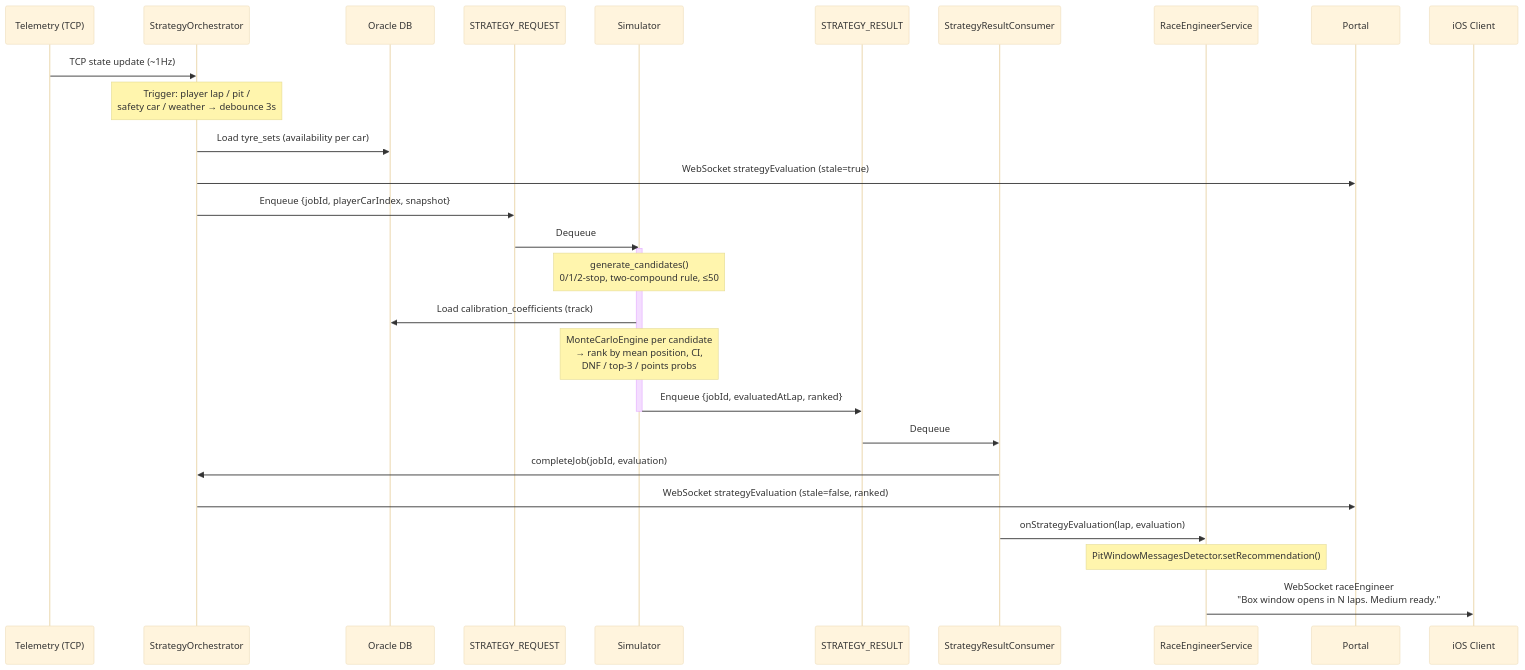
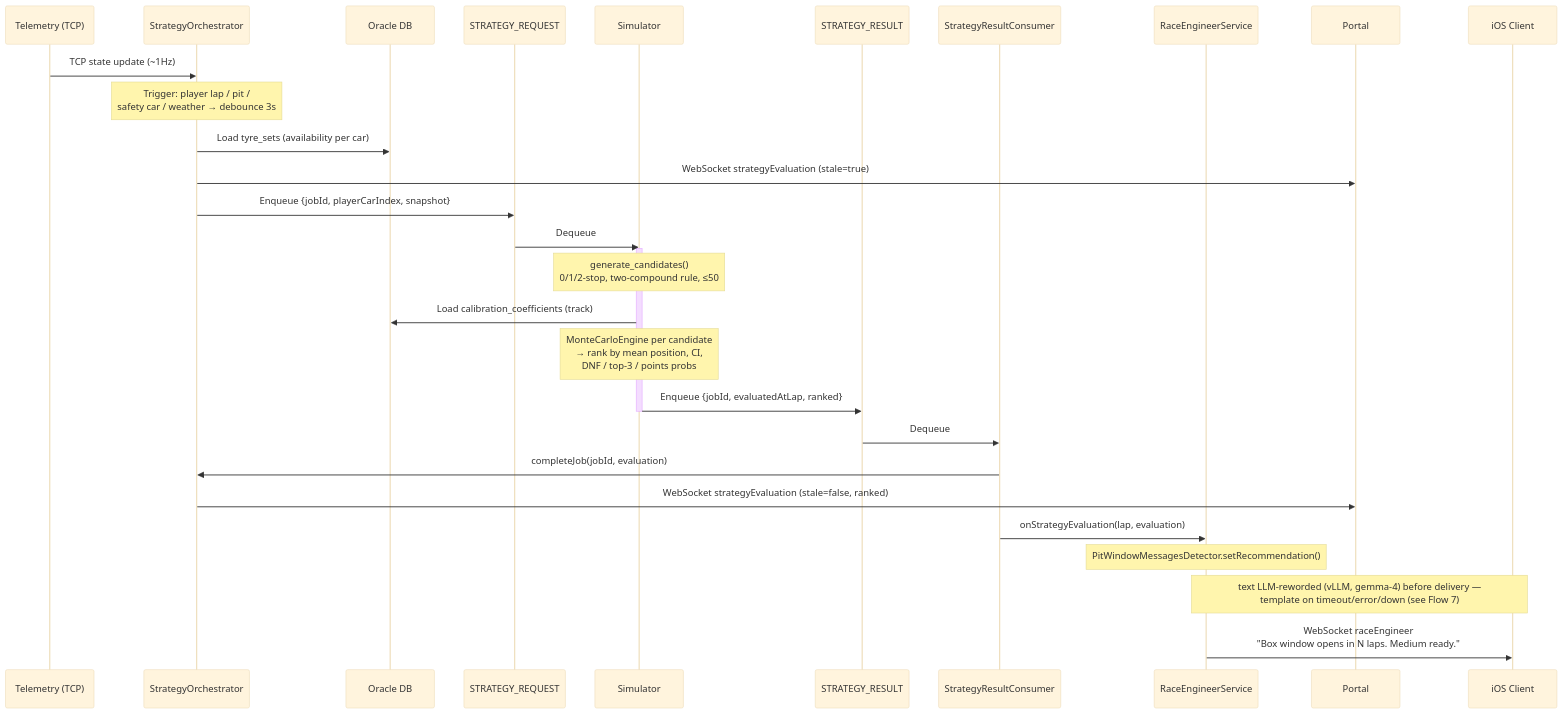
The seventh of 10 diagrams in design/06-INTEGRATION.md (vmleon/f12025-race-strategy-simulation), drawn with Mermaid (base theme) before and after one commit. The commit also changed other lines of this file and 4 other files, not shown here.

Commit message:
docs: document vLLM component across diagrams and chapters

````diff
--- a/design/06-INTEGRATION.md
+++ b/design/06-INTEGRATION.md
@@ -278,34 +284,35 @@
 ```mermaid
 sequenceDiagram
     participant Tele as Telemetry (TCP)
     participant Orch as StrategyOrchestrator
     participant DB as Oracle DB
     participant Q1 as STRATEGY_REQUEST
     participant Sim as Simulator
     participant Q2 as STRATEGY_RESULT
     participant Cons as StrategyResultConsumer
     participant Eng as RaceEngineerService
     participant Portal as Portal
     participant iOS as iOS Client
 
     Tele->>Orch: TCP state update (~1Hz)
     Note over Orch: Trigger: player lap / pit /<br/>safety car / weather → debounce 3s
     Orch->>DB: Load tyre_sets (availability per car)
     Orch->>Portal: WebSocket strategyEvaluation (stale=true)
     Orch->>Q1: Enqueue {jobId, playerCarIndex, snapshot}
 
     Q1->>Sim: Dequeue
     activate Sim
     Note over Sim: generate_candidates()<br/>0/1/2-stop, two-compound rule, ≤50
     Sim->>DB: Load calibration_coefficients (track)
     Note over Sim: MonteCarloEngine per candidate<br/>→ rank by mean position, CI,<br/>DNF / top-3 / points probs
     Sim->>Q2: Enqueue {jobId, evaluatedAtLap, ranked}
     deactivate Sim
 
     Q2->>Cons: Dequeue
     Cons->>Orch: completeJob(jobId, evaluation)
     Orch->>Portal: WebSocket strategyEvaluation (stale=false, ranked)
     Cons->>Eng: onStrategyEvaluation(lap, evaluation)
     Note over Eng: PitWindowMessagesDetector.setRecommendation()
+    Note over Eng,iOS: text LLM-reworded (vLLM, gemma-4) before delivery —<br/>template on timeout/error/down (see Flow 7)
     Eng->>iOS: WebSocket raceEngineer<br/>"Box window opens in N laps. Medium ready."
 ```
````
